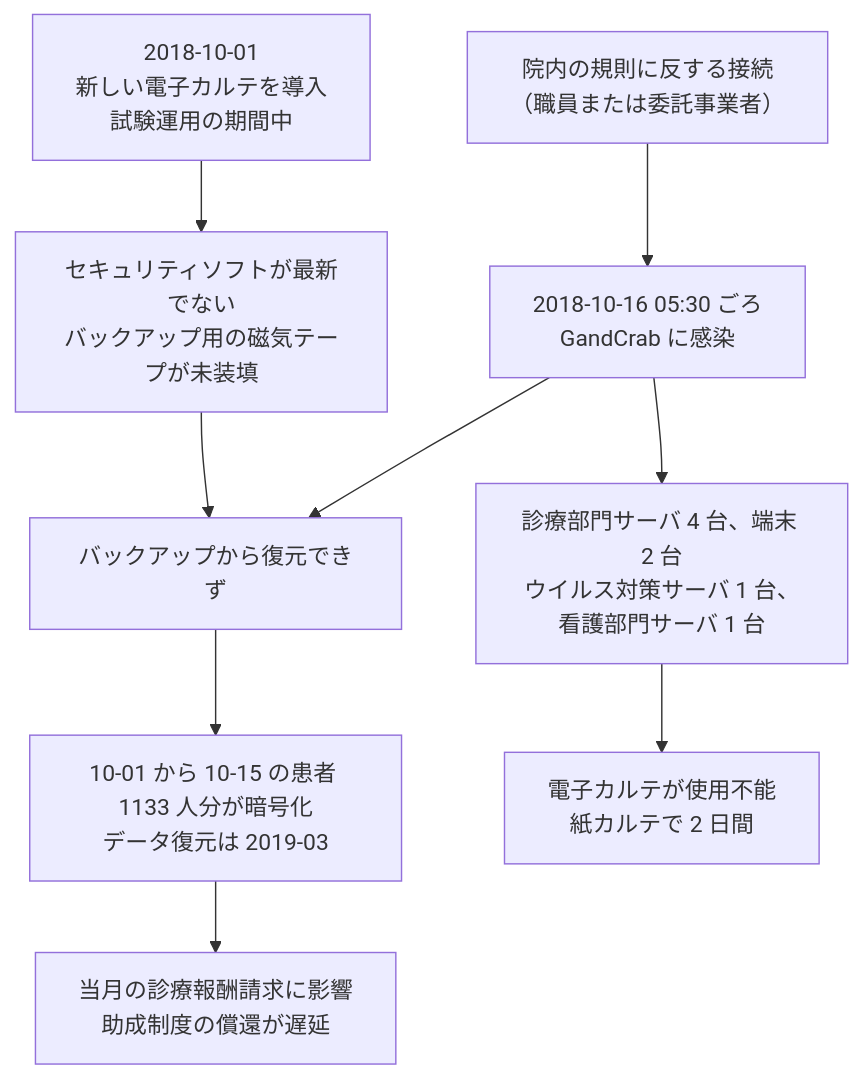
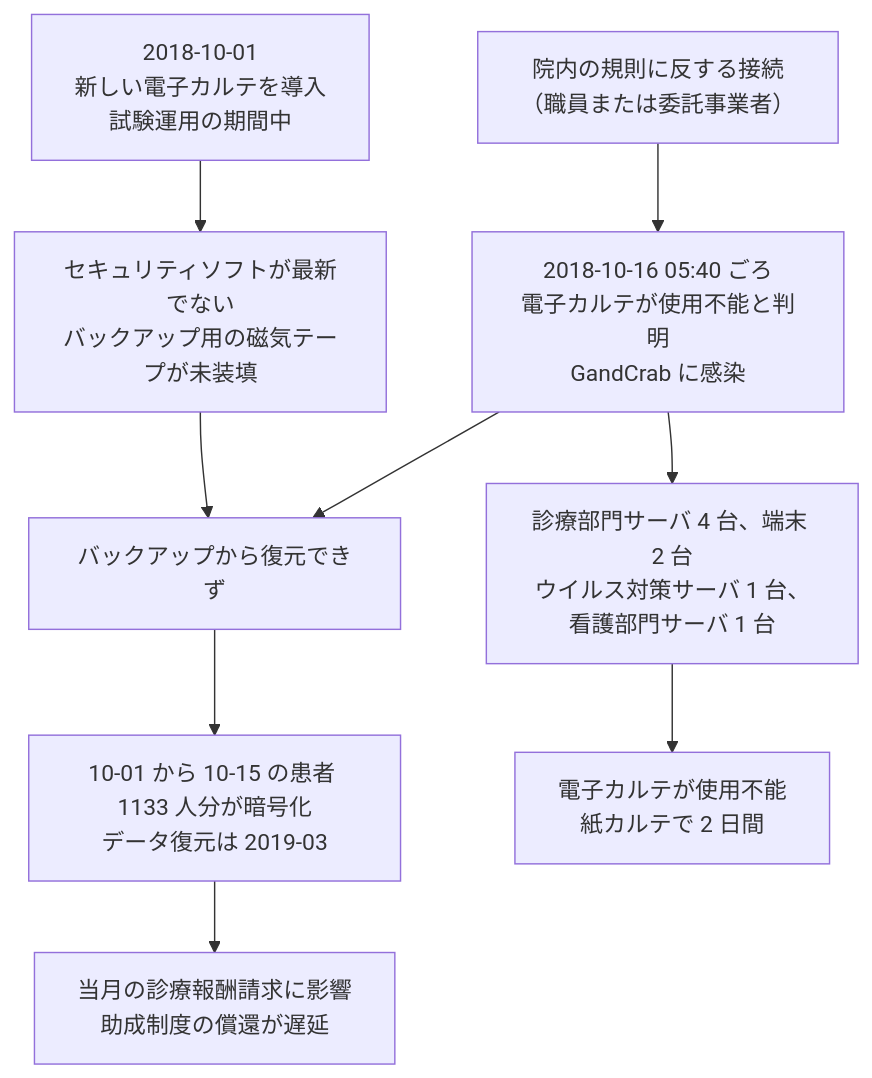
Before and after one commit to scgajge12/awesome-healthcare-security: the third of 4 diagrams in docs/threats/incidents/japan/2019-earlier.md, drawn with Mermaid. The commit also changed other lines of this file and 5 other files, not shown here.

````diff
--- a/docs/threats/incidents/japan/2019-earlier.md
+++ b/docs/threats/incidents/japan/2019-earlier.md
@@ -56,11 +575,11 @@
 ```mermaid
 flowchart TD
     A["2018-10-01<br>新しい電子カルテを導入<br>試験運用の期間中"] --> B["セキュリティソフトが最新でない<br>バックアップ用の磁気テープが未装填"]
-    C["院内の規則に反する接続<br>（職員または委託事業者）"] --> D["2018-10-16 05:30 ごろ<br>GandCrab に感染"]
+    C["院内の規則に反する接続<br>（職員または委託事業者）"] --> D["2018-10-16 05:40 ごろ<br>電子カルテが使用不能と判明<br>GandCrab に感染"]
     B --> E["バックアップから復元できず"]
     D --> E
     D --> F["診療部門サーバ 4 台、端末 2 台<br>ウイルス対策サーバ 1 台、看護部門サーバ 1 台"]
     F --> G["電子カルテが使用不能<br>紙カルテで 2 日間"]
     E --> H["10-01 から 10-15 の患者 1133 人分が暗号化<br>データ復元は 2019-03"]
     H --> I["当月の診療報酬請求に影響<br>助成制度の償還が遅延"]
 ```
````
